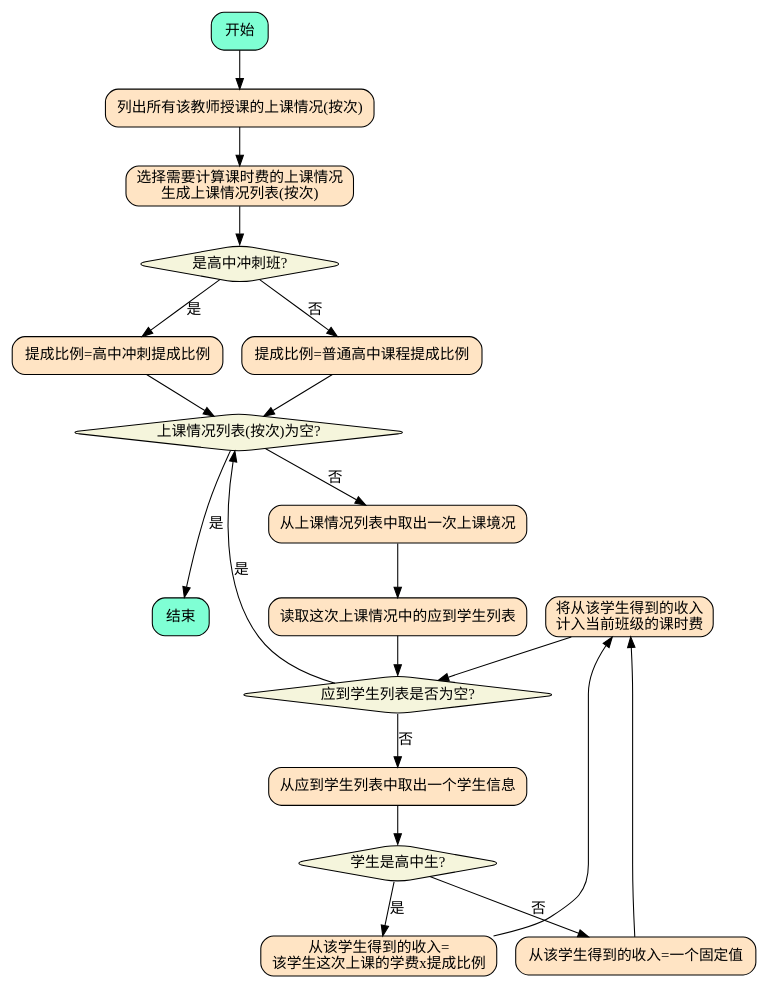
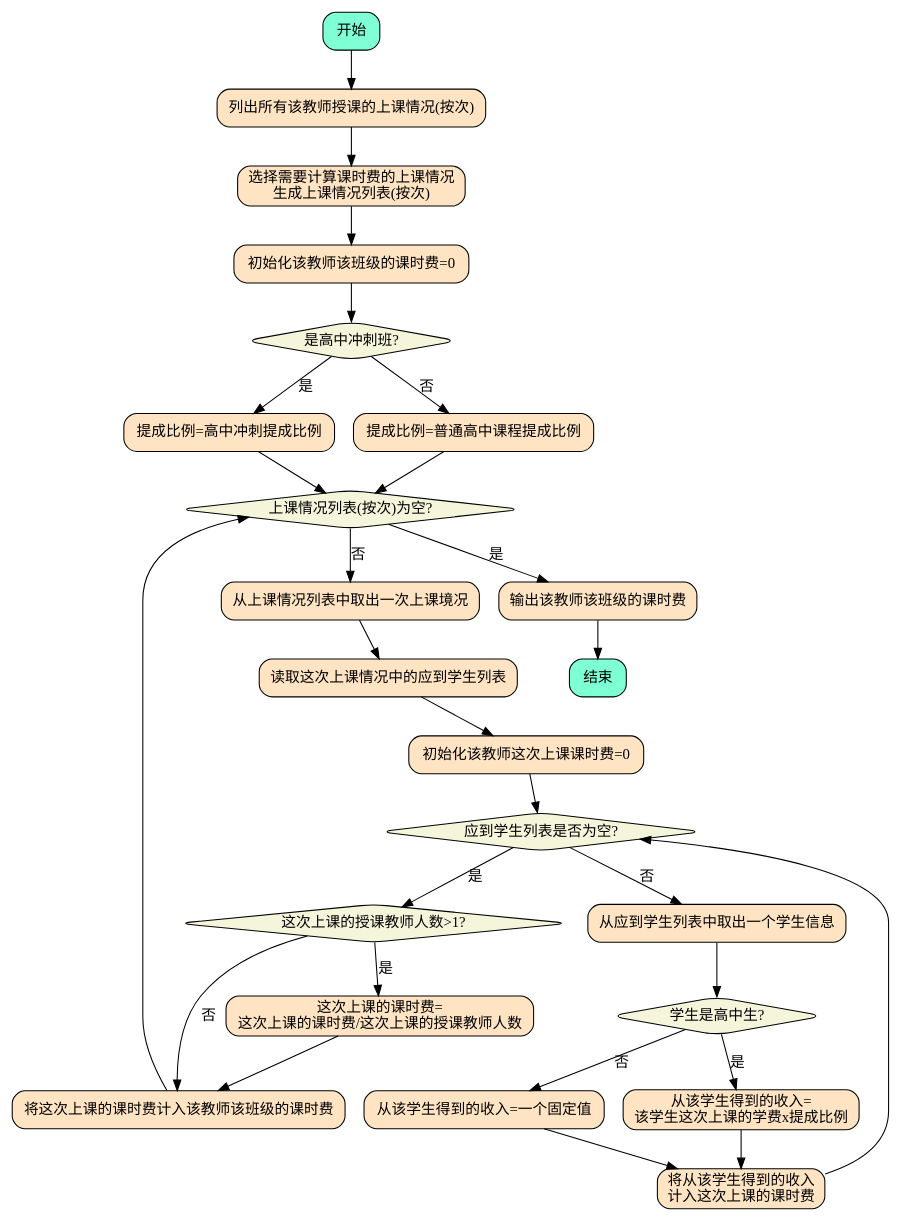
The diagram in management-system/hr/pay/svg/01.dot (diandian888/mx-requirements), drawn with Graphviz before and after one commit. The commit also changed 1 other file, not shown here.

Commit message:
Add 条件：这次上课的授课教师人数>1?

```diff
--- a/management-system/hr/pay/svg/01.dot
+++ b/management-system/hr/pay/svg/01.dot
@@ -1,42 +1,55 @@
 digraph {
     node [shape="box", style="rounded,filled", fillcolor="aquamarine"]
         start[label="开始"];
         end[label="结束"];
 
     node [shape="box", style="rounded,filled", fillcolor="bisque"]
         s1[label="列出所有该教师授课的上课情况(按次)"];
         s2[label="选择需要计算课时费的上课情况\n生成上课情况列表(按次)"];
-        s3_a[label="提成比例=高中冲刺提成比例"];
-        s3_b[label="提成比例=普通高中课程提成比例"];
-        s4[label="从上课情况列表中取出一次上课境况"];
-        s5[label="读取这次上课情况中的应到学生列表"];
-        s6[label="从应到学生列表中取出一个学生信息"];
-        s7_a[label="从该学生得到的收入=\n该学生这次上课的学费x提成比例"];
-        s7_b[label="从该学生得到的收入=一个固定值"];
-        s8[label="将从该学生得到的收入\n计入当前班级的课时费"];
+        s3[label="初始化该教师该班级的课时费=0"];
+        s4_a[label="提成比例=高中冲刺提成比例"];
+        s4_b[label="提成比例=普通高中课程提成比例"];
+        s5[label="从上课情况列表中取出一次上课境况"];
+        s6[label="读取这次上课情况中的应到学生列表"];
+        s7[label="初始化该教师这次上课课时费=0"];
+        s8[label="从应到学生列表中取出一个学生信息"];
+        s9_a[label="从该学生得到的收入=\n该学生这次上课的学费x提成比例"];
+        s9_b[label="从该学生得到的收入=一个固定值"];
+        s10[label="将从该学生得到的收入\n计入这次上课的课时费"];
+        s11[label="这次上课的课时费=\n这次上课的课时费/这次上课的授课教师人数"];
+        s12[label="将这次上课的课时费计入该教师该班级的课时费"];
+        s13[label="输出该教师该班级的课时费"];
     
     node [shape="diamond", style="rounded,filled", fillcolor="beige"]
         c1[label="是高中冲刺班?"];
         c2[label="上课情况列表(按次)为空?"];
         c3[label="应到学生列表是否为空?"];
         c4[label="学生是高中生?"];
+        c5[label="这次上课的授课教师人数>1?"];
 
-    start -> s1 -> s2 -> c1;
-    c1 -> s3_a[label="是"];
-    c1 -> s3_b[label="否"];
-    s3_a -> c2;
-    s3_b -> c2;
-    c2 -> s4[label="否"];
-    c2 -> end[label="是"];
-    s4 -> s5 -> c3;
-    c3 -> s6[label="否"];
-    c3 -> c2[label="是"];
-    s6 -> c4;
-    c4 -> s7_a[label="是"];
-    c4 -> s7_b[label="否"];
-    s7_a -> s8;
-    s7_b -> s8;
-    s8 -> c3;
+    start -> s1 -> s2 -> s3 -> c1;
+    c1 -> s4_a[label="是"];
+    c1 -> s4_b[label="否"];
+    s4_a -> c2;
+    s4_b -> c2;
 
-    {rank=same; s8 end}
+    c2 -> s5[label="否"];
+    c2 -> s13[label="是"];
+    s13 -> end;
+
+    s5 -> s6 -> s7 -> c3;
+    c3 -> s8[label="否"];
+    s8 -> c4;
+    c4 -> s9_a[label="是"];
+    c4 -> s9_b[label="否"];
+    s9_a -> s10;
+    s9_b -> s10;
+    s10 -> c3;
+    c3 -> c5[label="是"];
+    c5 -> s11[label="是"];
+    c5 -> s12[label="否"];
+    s11 -> s12;
+    s12 -> c2;
+
+    {rank=same; s6 end}
 }
```
